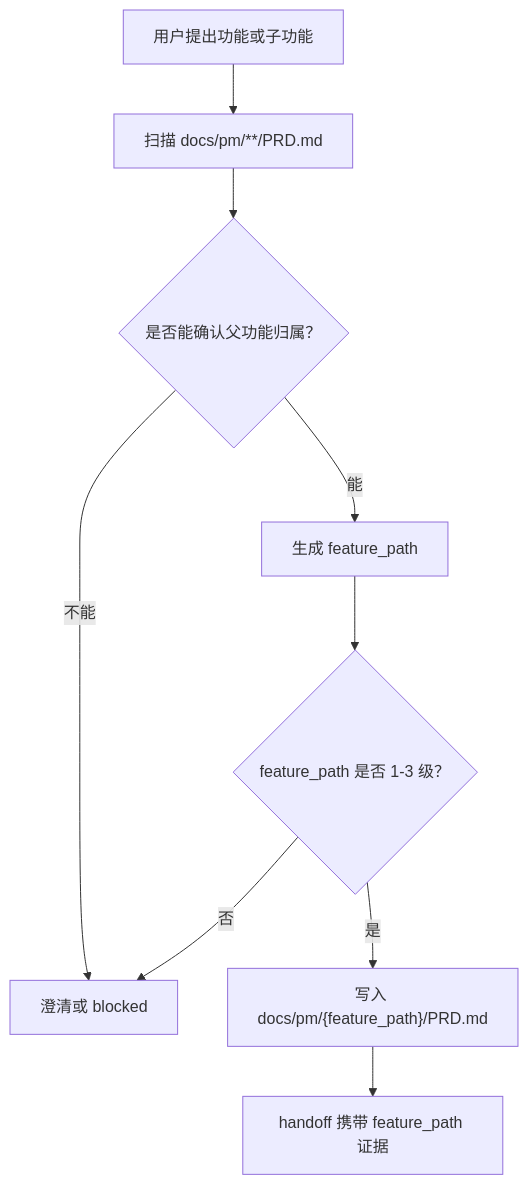
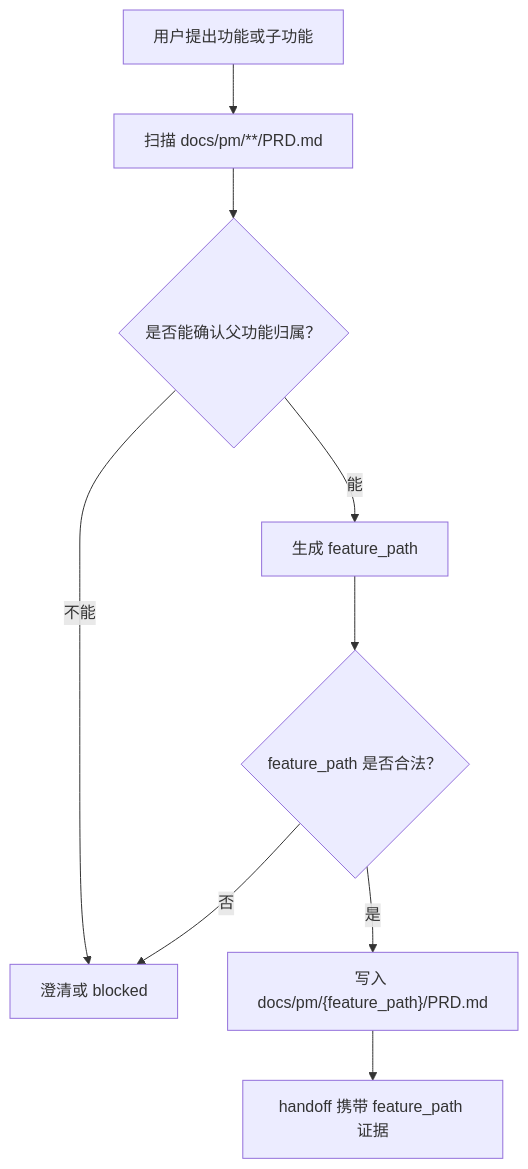
The first of 2 diagrams in docs/pm/feature-path-contract/PRD.md (Neplich/dev-agent-skills), drawn with Mermaid before and after one commit. The commit also changed other lines of this file and 56 other files, not shown here.

First line of the commit message:
feat: 统一多级 feature_path 约束

````diff
--- a/docs/pm/feature-path-contract/PRD.md
+++ b/docs/pm/feature-path-contract/PRD.md
@@ -112,11 +115,11 @@
 ```mermaid
 flowchart TD
     A["用户提出功能或子功能"] --> B["扫描 docs/pm/**/PRD.md"]
     B --> C{"是否能确认父功能归属？"}
     C -->|能| D["生成 feature_path"]
     C -->|不能| E["澄清或 blocked"]
-    D --> F{"feature_path 是否 1-3 级？"}
+    D --> F{"feature_path 是否合法？"}
     F -->|否| E
     F -->|是| G["写入 docs/pm/{feature_path}/PRD.md"]
     G --> H["handoff 携带 feature_path 证据"]
 ```
````
